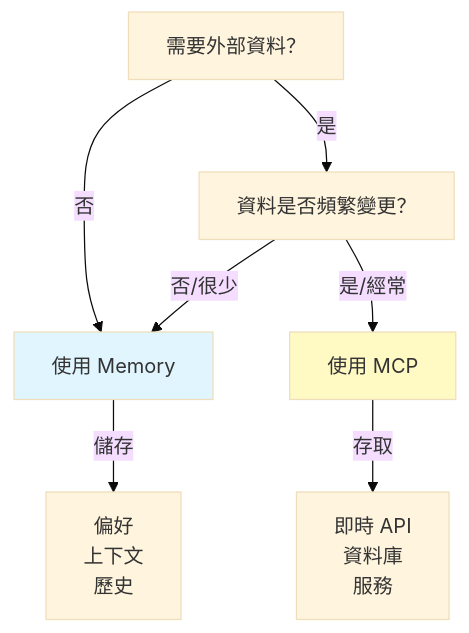
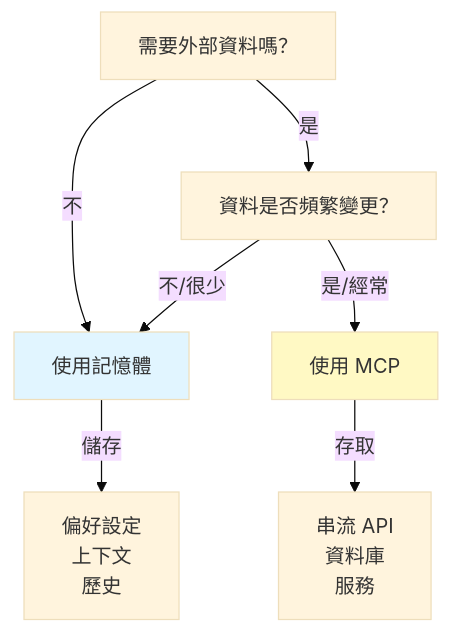
Before and after one commit to huckly/claude-howto-zh-tw: diagram 14 of 22 in claude_concepts_guide.md, drawn with Mermaid (base theme). The commit also changed other lines of this file and 6 other files, not shown here.

````diff
--- a/claude_concepts_guide.md
+++ b/claude_concepts_guide.md
@@ -1197,14 +1187,14 @@
 ```mermaid
 graph TD
-    A["需要外部資料？"]
-    A -->|否| B["使用 Memory"]
+    A["需要外部資料嗎？"]
+    A -->|不| B["使用記憶體"]
     A -->|是| C["資料是否頻繁變更？"]
-    C -->|否/很少| B
+    C -->|不/很少| B
     C -->|是/經常| D["使用 MCP"]
 
-    B -->|儲存| E["偏好<br/>上下文<br/>歷史"]
-    D -->|存取| F["即時 API<br/>資料庫<br/>服務"]
+    B -->|儲存| E["偏好設定<br/>上下文<br/>歷史"]
+    D -->|存取| F["串流 API<br/>資料庫<br/>服務"]
 
     style B fill:#e1f5ff
     style D fill:#fff9c4
 ```
````
